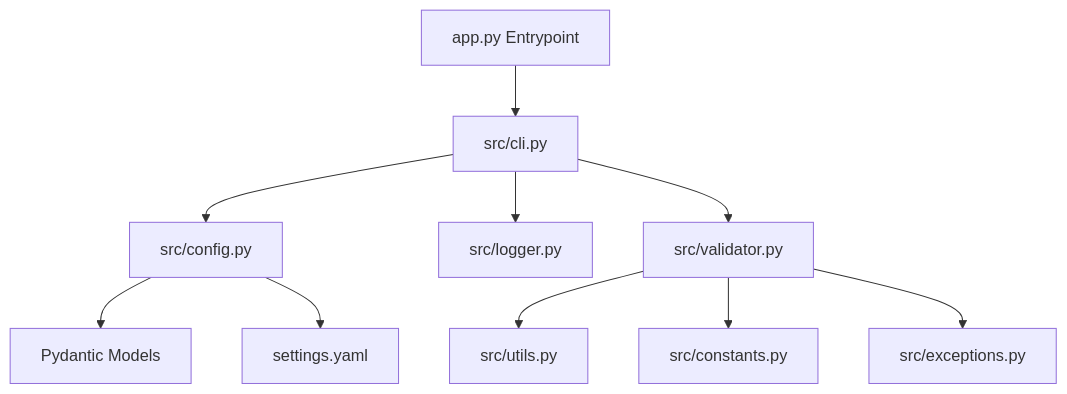
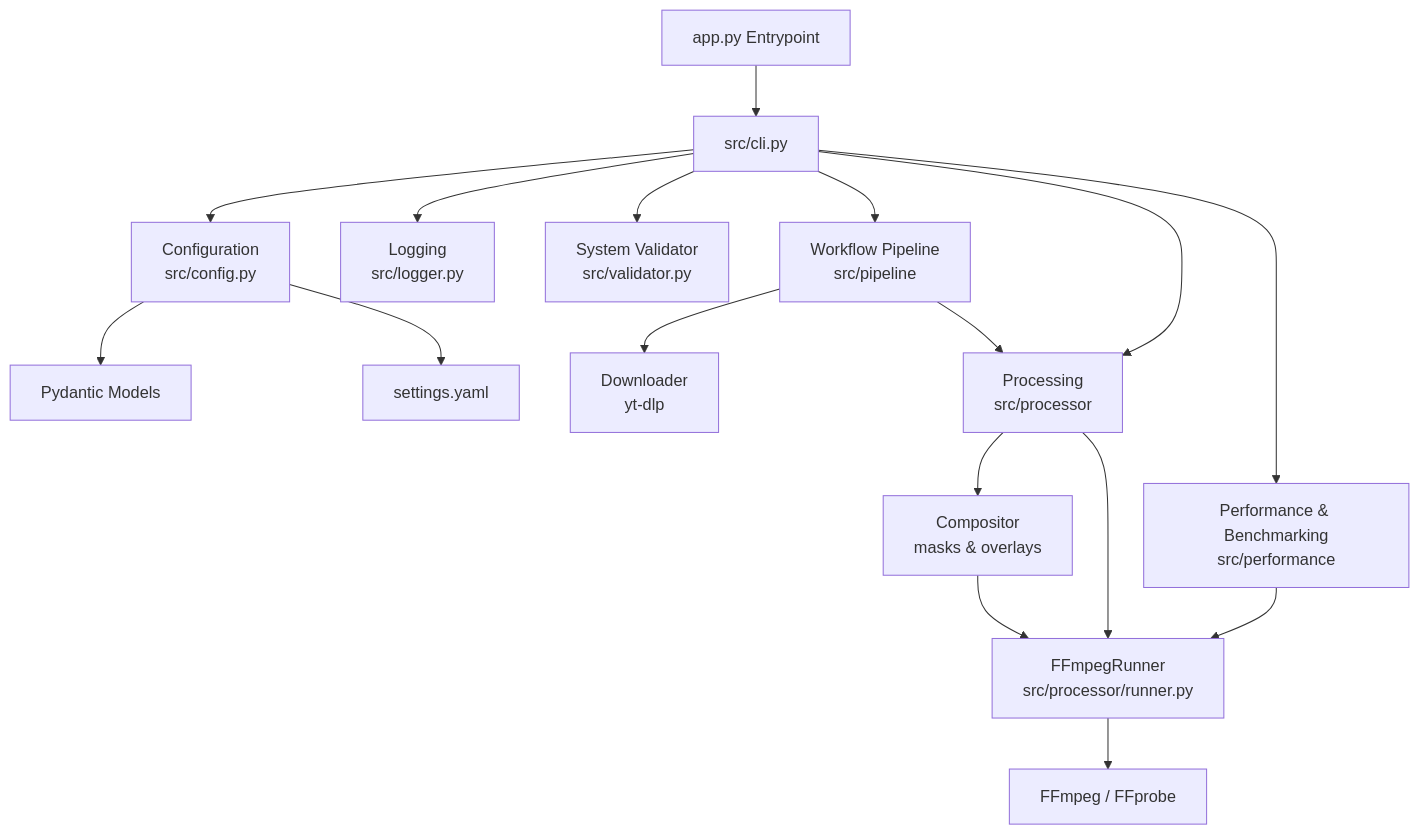
Before and after one commit to asliabhi12/youtube-cashcow: the diagram in README.md, drawn with Mermaid. The commit also changed other lines of this file, not shown here.

````diff
--- a/README.md
+++ b/README.md
@@ -11,12 +20,24 @@
 ```mermaid
 graph TD
     App[app.py Entrypoint] --> CLI[src/cli.py]
-    CLI --> Config[src/config.py]
-    CLI --> Logger[src/logger.py]
-    CLI --> Validator[src/validator.py]
+
+    CLI --> Config[Configuration<br/>src/config.py]
+    CLI --> Logger[Logging<br/>src/logger.py]
+    CLI --> Validator[System Validator<br/>src/validator.py]
+    CLI --> Pipeline[Workflow Pipeline<br/>src/pipeline]
+    CLI --> Processor[Processing<br/>src/processor]
+    CLI --> Performance[Performance & Benchmarking<br/>src/performance]
+
     Config --> Pydantic[Pydantic Models]
     Config --> Yaml[settings.yaml]
-    Validator --> Utils[src/utils.py]
-    Validator --> Constants[src/constants.py]
-    Validator --> Exceptions[src/exceptions.py]
+
+    Pipeline --> Downloader[Downloader<br/>yt-dlp]
+    Pipeline --> Processor
+
+    Processor --> Compositor[Compositor<br/>masks & overlays]
+    Processor --> Runner[FFmpegRunner<br/>src/processor/runner.py]
+    Compositor --> Runner
+    Performance --> Runner
+
+    Runner --> FFmpeg[FFmpeg / FFprobe]
 ```
````
